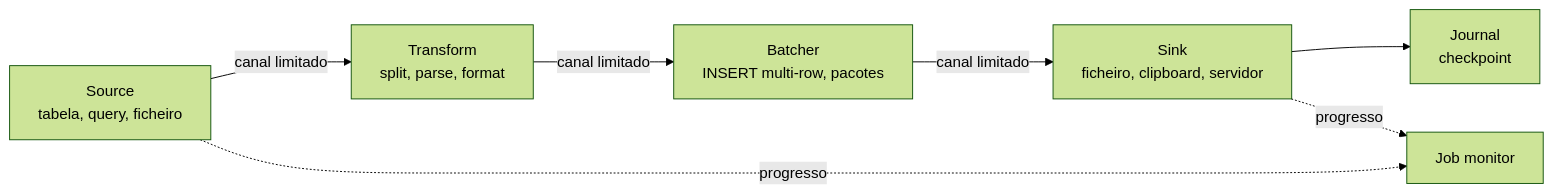
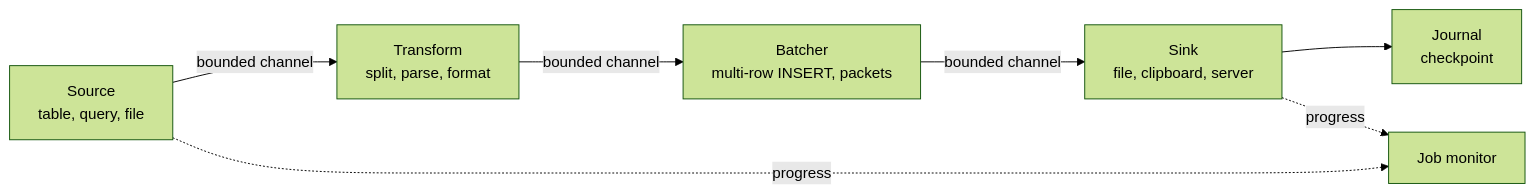
Before and after one commit to JoaoMarcos03/Eunomia: the fourth of 7 diagrams in docs/spec/specification.md, drawn with Mermaid (forest theme). The commit also changed other lines of this file and 50 other files, not shown here.

````diff
--- a/docs/spec/specification.md
+++ b/docs/spec/specification.md
@@ -1118,9 +1118,9 @@
 ```mermaid
 flowchart LR
-  SRC[Source<br/>tabela, query, ficheiro] -->|canal limitado| TR[Transform<br/>split, parse, format]
-  TR -->|canal limitado| BAT[Batcher<br/>INSERT multi-row, pacotes]
-  BAT -->|canal limitado| SNK[Sink<br/>ficheiro, clipboard, servidor]
+  SRC[Source<br/>table, query, file] -->|bounded channel| TR[Transform<br/>split, parse, format]
+  TR -->|bounded channel| BAT[Batcher<br/>multi-row INSERT, packets]
+  BAT -->|bounded channel| SNK[Sink<br/>file, clipboard, server]
   SNK --> J[Journal<br/>checkpoint]
-  SRC -. progresso .-> P[Job monitor]
-  SNK -. progresso .-> P
+  SRC -. progress .-> P[Job monitor]
+  SNK -. progress .-> P
 ```
````
